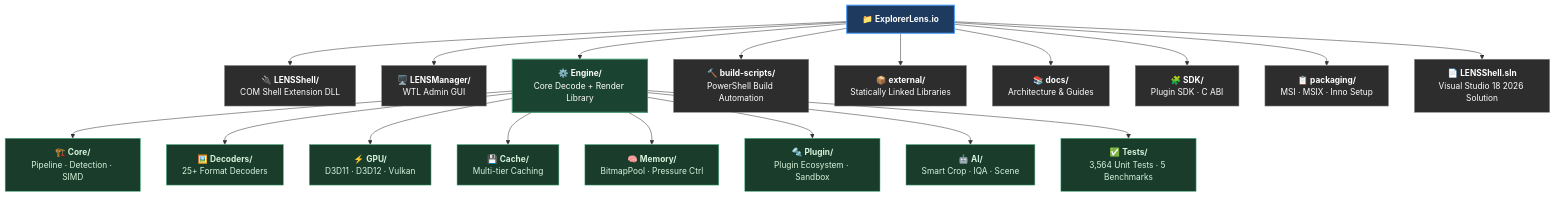
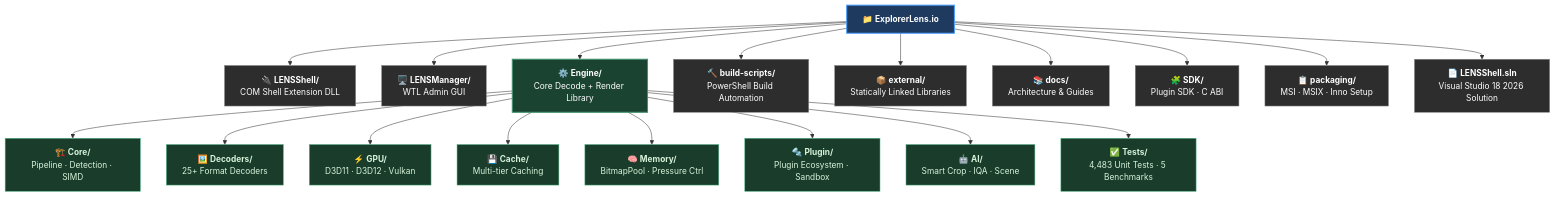
One commit to RajwanYair/ExplorerLens.io changed the diagram in README.md. Above: the diagram before and after it, drawn with Mermaid. The commit also changed other lines of this file and 1408 other files, not shown here.

````diff
--- a/README.md
+++ b/README.md
@@ -206,42 +206,42 @@
 ```mermaid
 graph TD
     ROOT["📁 <b>ExplorerLens.io</b>"]
 
     ROOT --> SHELL["🔌 <b>LENSShell/</b><br/>COM Shell Extension DLL"]
     ROOT --> MGR["🖥️ <b>LENSManager/</b><br/>WTL Admin GUI"]
     ROOT --> ENG["⚙️ <b>Engine/</b><br/>Core Decode + Render Library"]
     ROOT --> BS["🔨 <b>build-scripts/</b><br/>PowerShell Build Automation"]
     ROOT --> EXT["📦 <b>external/</b><br/>Statically Linked Libraries"]
     ROOT --> DOCS["📚 <b>docs/</b><br/>Architecture &amp; Guides"]
     ROOT --> SDK["🧩 <b>SDK/</b><br/>Plugin SDK · C ABI"]
     ROOT --> PKG["📋 <b>packaging/</b><br/>MSI · MSIX · Inno Setup"]
     ROOT --> SLN["📄 <b>LENSShell.sln</b><br/>Visual Studio 18 2026 Solution"]
 
     ENG --> CORE["🏗️ <b>Core/</b><br/>Pipeline · Detection · SIMD"]
     ENG --> DEC["🖼️ <b>Decoders/</b><br/>25+ Format Decoders"]
     ENG --> GPU["⚡ <b>GPU/</b><br/>D3D11 · D3D12 · Vulkan"]
     ENG --> CACHE["💾 <b>Cache/</b><br/>Multi-tier Caching"]
     ENG --> MEM["🧠 <b>Memory/</b><br/>BitmapPool · Pressure Ctrl"]
     ENG --> PLUGIN["🔩 <b>Plugin/</b><br/>Plugin Ecosystem · Sandbox"]
     ENG --> AI["🤖 <b>AI/</b><br/>Smart Crop · IQA · Scene"]
-    ENG --> TESTS["✅ <b>Tests/</b><br/>3,564 Unit Tests · 5 Benchmarks"]
+    ENG --> TESTS["✅ <b>Tests/</b><br/>4,483 Unit Tests · 5 Benchmarks"]
 
     style ROOT fill:#1e3a5f,color:#fff,stroke:#4a9eff,stroke-width:2px
     style ENG  fill:#1b4332,color:#fff,stroke:#40916c,stroke-width:2px
     style SHELL fill:#2d2d2d,color:#fff,stroke:#888
     style MGR   fill:#2d2d2d,color:#fff,stroke:#888
     style BS    fill:#2d2d2d,color:#fff,stroke:#888
     style EXT   fill:#2d2d2d,color:#fff,stroke:#888
     style DOCS  fill:#2d2d2d,color:#fff,stroke:#888
     style SDK   fill:#2d2d2d,color:#fff,stroke:#888
     style PKG   fill:#2d2d2d,color:#fff,stroke:#888
     style SLN   fill:#2d2d2d,color:#fff,stroke:#888
     style CORE   fill:#1a3d2b,color:#d8f3dc,stroke:#52b788
     style DEC    fill:#1a3d2b,color:#d8f3dc,stroke:#52b788
     style GPU    fill:#1a3d2b,color:#d8f3dc,stroke:#52b788
     style CACHE  fill:#1a3d2b,color:#d8f3dc,stroke:#52b788
     style MEM    fill:#1a3d2b,color:#d8f3dc,stroke:#52b788
     style PLUGIN fill:#1a3d2b,color:#d8f3dc,stroke:#52b788
     style AI     fill:#1a3d2b,color:#d8f3dc,stroke:#52b788
     style TESTS  fill:#1a3d2b,color:#d8f3dc,stroke:#52b788
 ```
````
